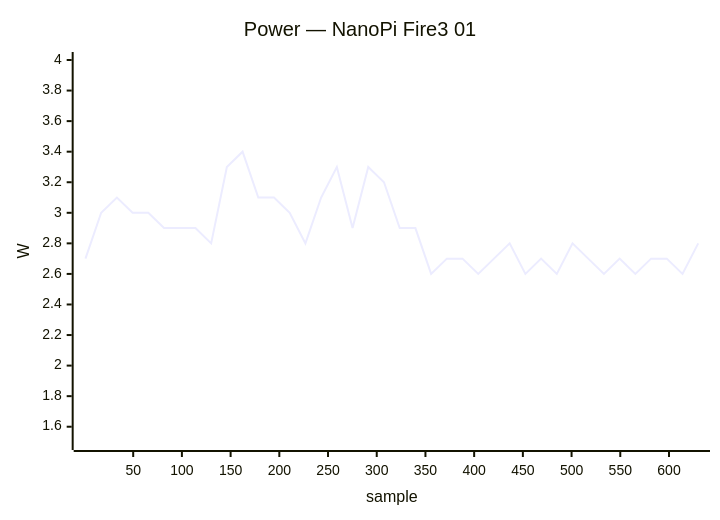
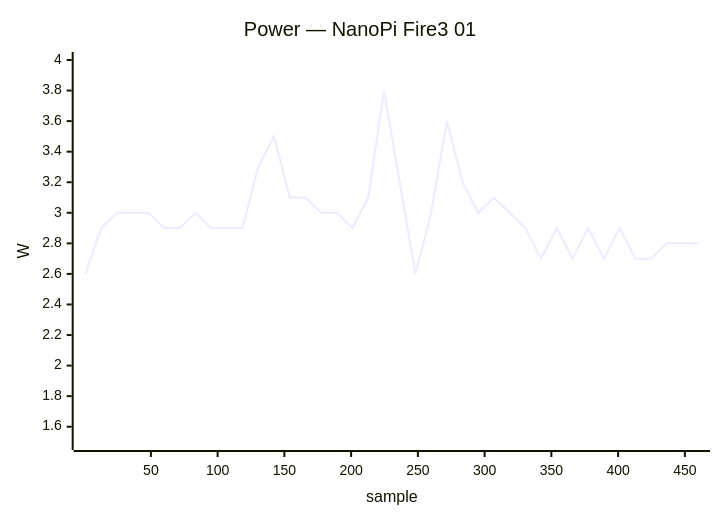
Before and after one commit to armbian/documentation: diagram 21 of 50 in docs/status/board-tests.md, drawn with Mermaid. The commit also changed other lines of this file, not shown here.

````diff
--- a/docs/status/board-tests.md
+++ b/docs/status/board-tests.md
@@ -1097,7 +1133,7 @@
 ```mermaid
 xychart-beta
     title "Power — NanoPi Fire3 01"
-    x-axis "sample" 1 --> 630
+    x-axis "sample" 1 --> 460
     y-axis "W" 1.5 --> 4.0
-    line [2.7, 3.0, 3.1, 3.0, 3.0, 2.9, 2.9, 2.9, 2.8, 3.3, 3.4, 3.1, 3.1, 3.0, 2.8, 3.1, 3.3, 2.9, 3.3, 3.2, 2.9, 2.9, 2.6, 2.7, 2.7, 2.6, 2.7, 2.8, 2.6, 2.7, 2.6, 2.8, 2.7, 2.6, 2.7, 2.6, 2.7, 2.7, 2.6, 2.8]
+    line [2.6, 2.9, 3.0, 3.0, 3.0, 2.9, 2.9, 3.0, 2.9, 2.9, 2.9, 3.3, 3.5, 3.1, 3.1, 3.0, 3.0, 2.9, 3.1, 3.8, 3.2, 2.6, 3.0, 3.6, 3.2, 3.0, 3.1, 3.0, 2.9, 2.7, 2.9, 2.7, 2.9, 2.7, 2.9, 2.7, 2.7, 2.8, 2.8, 2.8]
 ```
````
